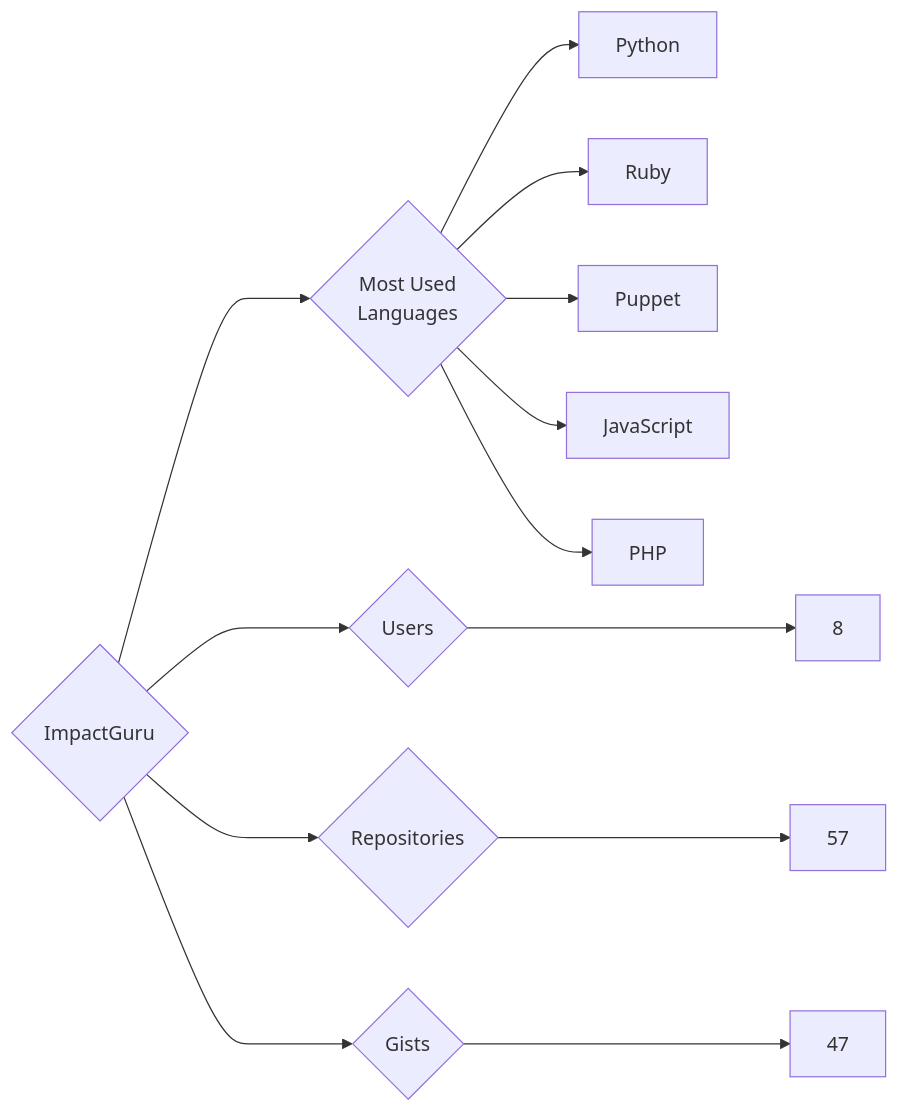
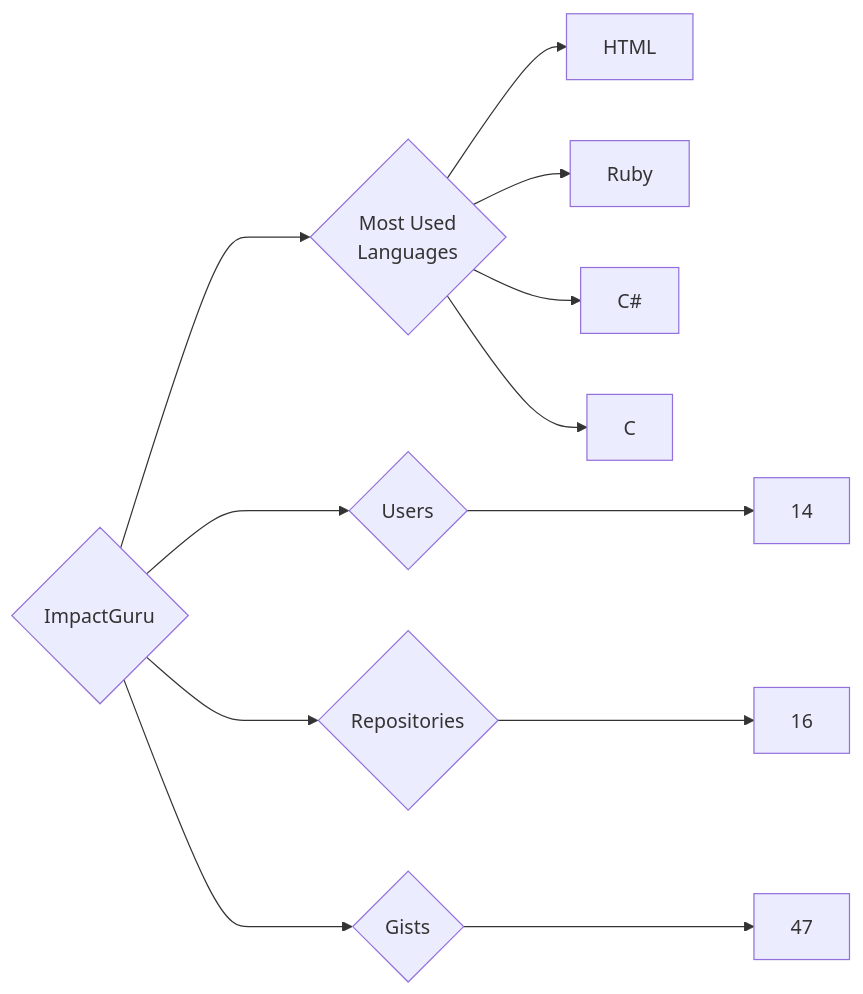
Before and after one commit to trickest/insiders: the diagram in targets/ImpactGuru/README.md, drawn with Mermaid. The commit also changed 900 other files, not shown here.

````diff
--- a/targets/ImpactGuru/README.md
+++ b/targets/ImpactGuru/README.md
@@ -3,13 +3,12 @@
 ```mermaid
 graph LR
 COMPANY_NAME{ImpactGuru}
-COMPANY_NAME ---> U{Users} ---> UN[8]
-COMPANY_NAME ---> R{Repositories} ---> RN[57]
+COMPANY_NAME ---> U{Users} ---> UN[14]
+COMPANY_NAME ---> R{Repositories} ---> RN[16]
 COMPANY_NAME ---> G{Gists} ---> GN[47]
 COMPANY_NAME ---> ML{Most Used<br>Languages}
-ML --> Python[Python]
+ML --> HTML[HTML]
 ML --> Ruby[Ruby]
-ML --> Puppet[Puppet]
-ML --> JavaScript[JavaScript]
-ML --> PHP[PHP]
+ML --> C#[C#]
+ML --> C[C]
 ```
````
